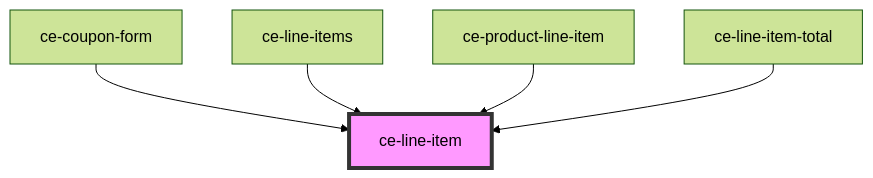
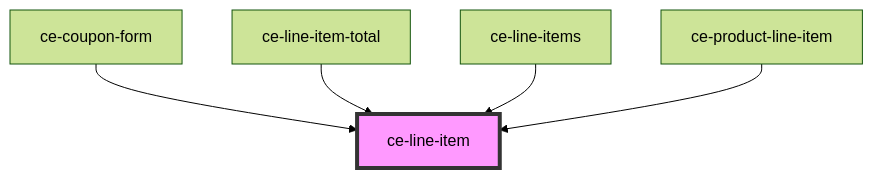
Before and after one commit to surecart/surecart-wp-plugin: the diagram in packages/components/src/components/ui/line-item/readme.md, drawn with Mermaid (forest theme). The commit also changed other lines of this file and 73 other files, not shown here.

````diff
--- a/packages/components/src/components/ui/line-item/readme.md
+++ b/packages/components/src/components/ui/line-item/readme.md
@@ -48,8 +48,8 @@
 ```mermaid
 graph TD;
   ce-coupon-form --> ce-line-item
+  ce-line-item-total --> ce-line-item
   ce-line-items --> ce-line-item
   ce-product-line-item --> ce-line-item
-  ce-line-item-total --> ce-line-item
   style ce-line-item fill:#f9f,stroke:#333,stroke-width:4px
 ```
````
